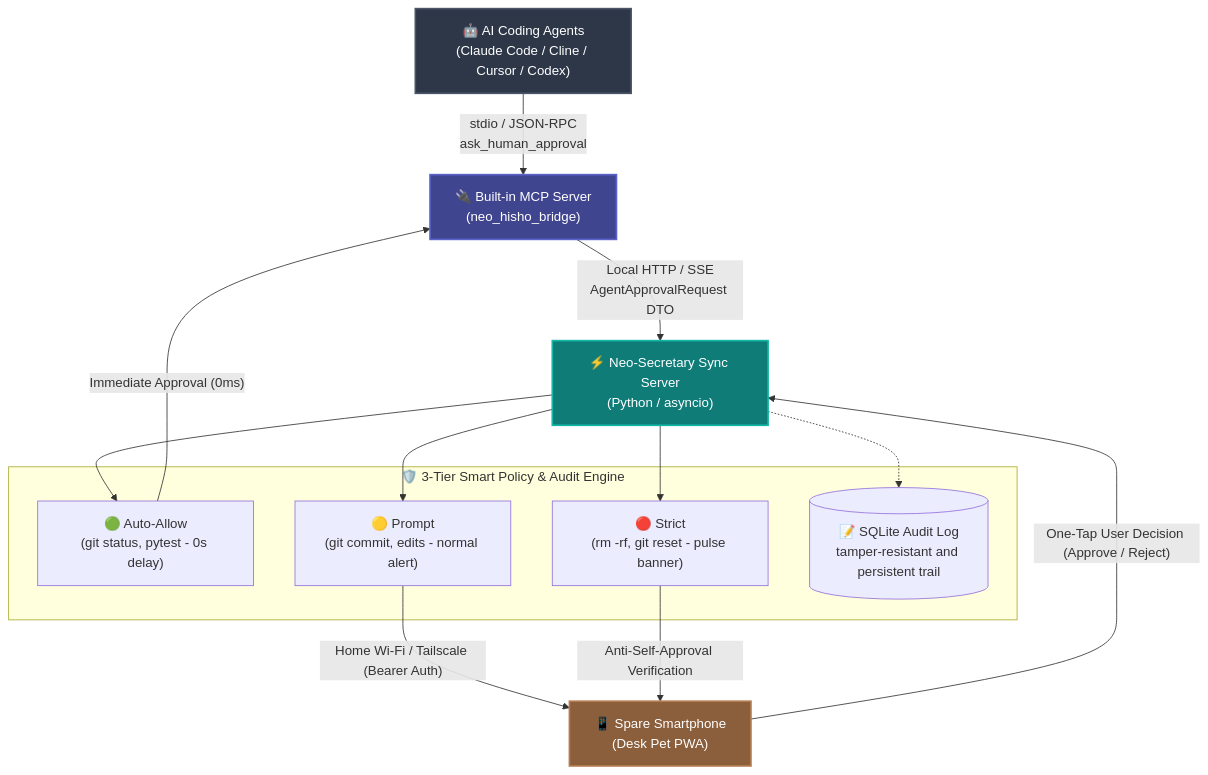
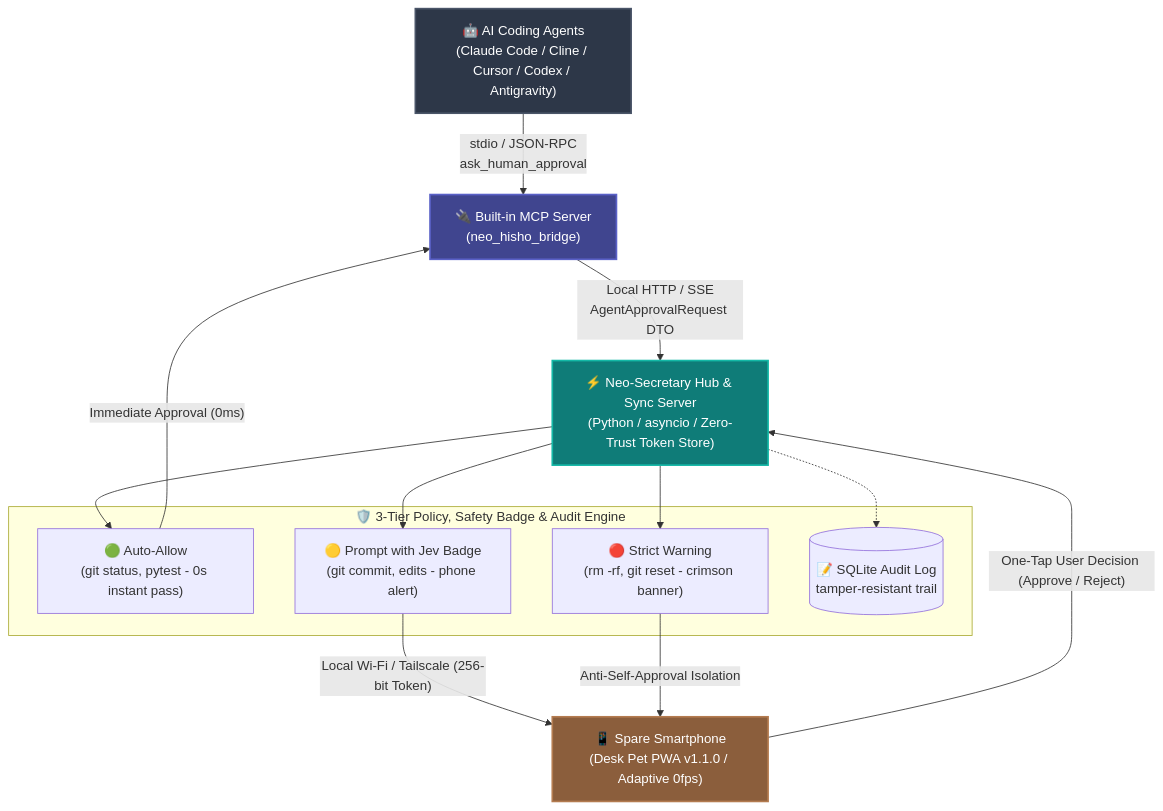
Before and after one commit to Siitake-man/hisho-kun: the diagram in README_en.md, drawn with Mermaid. The commit also changed other lines of this file and 18 other files, not shown here.

````diff
--- a/README_en.md
+++ b/README_en.md
@@ -68,33 +78,33 @@
 ```mermaid
 graph TD
     classDef agent fill:#2d3748,stroke:#4a5568,stroke-width:2px,color:#fff;
     classDef bridge fill:#40458f,stroke:#5a61c7,stroke-width:2px,color:#fff;
     classDef server fill:#0f7c78,stroke:#14b8a6,stroke-width:2px,color:#fff;
     classDef phone fill:#8b5e3c,stroke:#b47c50,stroke-width:2px,color:#fff;
 
-    Agents["🤖 AI Coding Agents<br/>(Claude Code / Cline / Cursor / Codex)"]:::agent
+    Agents["🤖 AI Coding Agents<br/>(Claude Code / Cline / Cursor / Codex / Antigravity)"]:::agent
     MCP["🔌 Built-in MCP Server<br/>(neo_hisho_bridge)"]:::bridge
-    Server["⚡ Neo-Secretary Sync Server<br/>(Python / asyncio)"]:::server
-    PWA["📱 Spare Smartphone<br/>(Desk Pet PWA)"]:::phone
+    Server["⚡ Neo-Secretary Hub & Sync Server<br/>(Python / asyncio / Zero-Trust Token Store)"]:::server
+    PWA["📱 Spare Smartphone<br/>(Desk Pet PWA v1.1.0 / Adaptive 0fps)"]:::phone
 
     Agents -->|"stdio / JSON-RPC<br/>ask_human_approval"| MCP
     MCP -->|"Local HTTP / SSE<br/>AgentApprovalRequest DTO"| Server
 
-    subgraph DefenseEngine ["🛡️ 3-Tier Smart Policy & Audit Engine"]
-        Auto["🟢 Auto-Allow<br/>(git status, pytest - 0s delay)"]
-        Prompt["🟡 Prompt<br/>(git commit, edits - normal alert)"]
-        Strict["🔴 Strict<br/>(rm -rf, git reset - pulse banner)"]
-        Audit[("📝 SQLite Audit Log<br/>tamper-resistant and persistent trail")]
+    subgraph DefenseEngine ["🛡️ 3-Tier Policy, Safety Badge & Audit Engine"]
+        Auto["🟢 Auto-Allow<br/>(git status, pytest - 0s instant pass)"]
+        Prompt["🟡 Prompt with Jev Badge<br/>(git commit, edits - phone alert)"]
+        Strict["🔴 Strict Warning<br/>(rm -rf, git reset - crimson banner)"]
+        Audit[("📝 SQLite Audit Log<br/>tamper-resistant trail")]
     end
 
     Server --> Auto
     Server --> Prompt
     Server --> Strict
     Server -.-> Audit
 
     Auto -->|"Immediate Approval (0ms)"| MCP
-    Prompt -->|"Home Wi-Fi / Tailscale (Bearer Auth)"| PWA
-    Strict -->|"Anti-Self-Approval Verification"| PWA
+    Prompt -->|"Local Wi-Fi / Tailscale (256-bit Token)"| PWA
+    Strict -->|"Anti-Self-Approval Isolation"| PWA
 
     PWA -->|"One-Tap User Decision (Approve / Reject)"| Server
 ```
````
